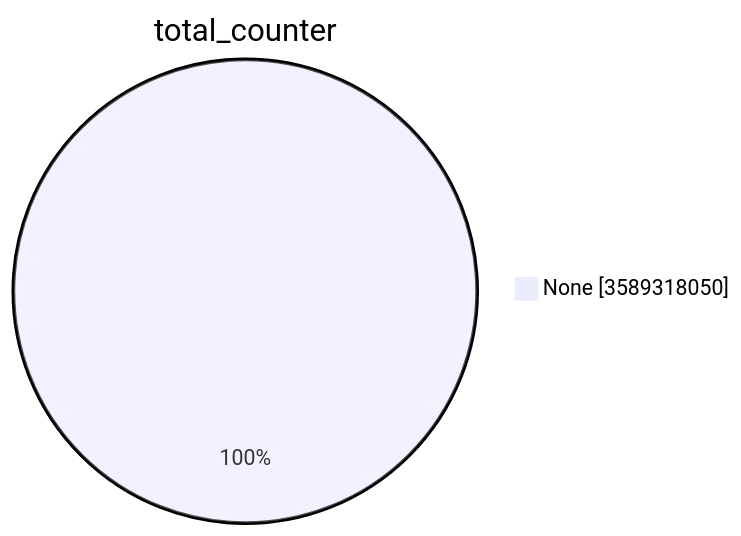
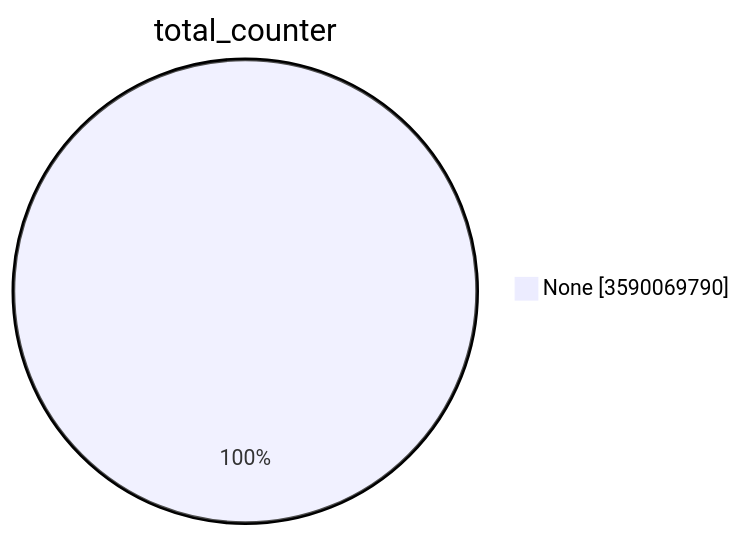
One commit to christiankrug/ctmonitor_visualization changed the first of 15 diagrams in TOTAL/README.md. Above: the diagram before and after it, drawn with Mermaid. The commit also changed other lines of this file, not shown here.

````diff
--- a/TOTAL/README.md
+++ b/TOTAL/README.md
@@ -1,5 +1,5 @@
 ```mermaid
 pie showData
 title total_counter
-"None" :3589318050
+"None" :3590069790
 ```
````
